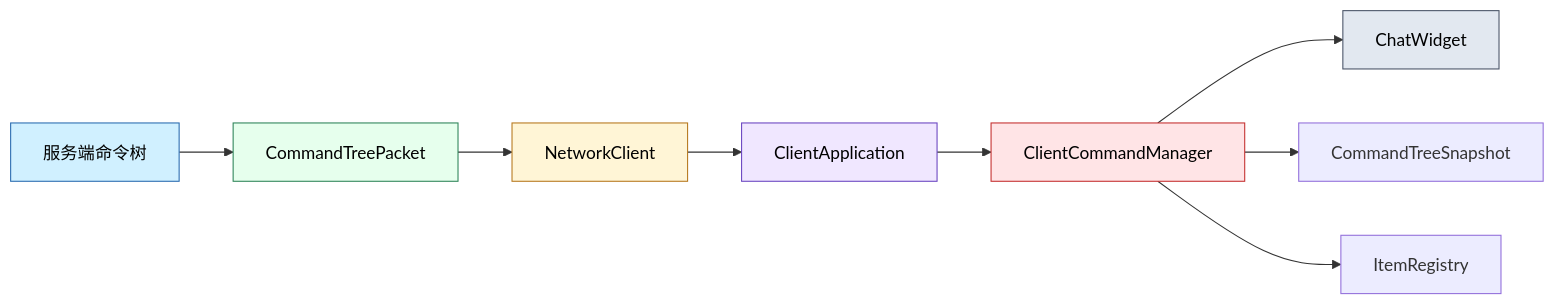
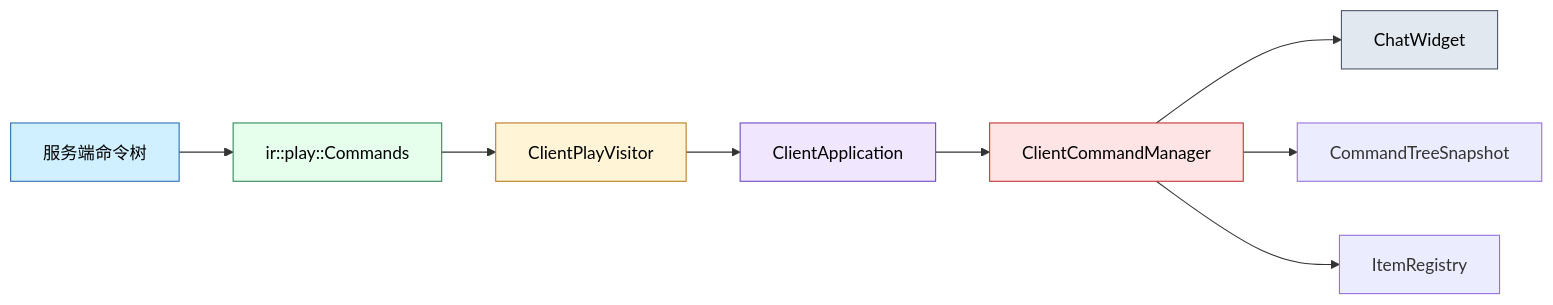
The diagram in src/client/command/README.md (g122622/Cubium), drawn with Mermaid before and after one commit. The commit also changed 42 other files, not shown here.

````diff
--- a/src/client/command/README.md
+++ b/src/client/command/README.md
@@ -16,17 +16,17 @@
 ```mermaid
 flowchart LR
-    Server[服务端命令树] --> Packet[CommandTreePacket]
-    Packet --> NetworkClient[NetworkClient]
-    NetworkClient --> App[ClientApplication]
+    Server[服务端命令树] --> Packet[ir::play::Commands]
+    Packet --> Visitor[ClientPlayVisitor]
+    Visitor --> App[ClientApplication]
     App --> Manager[ClientCommandManager]
     Manager --> Chat[ChatWidget]
     Manager --> Snapshot[CommandTreeSnapshot]
     Manager --> Items[ItemRegistry]
 
     style Server fill:#d0f0ff,stroke:#2b6cb0,color:#000
     style Packet fill:#e6ffed,stroke:#2f855a,color:#000
-    style NetworkClient fill:#fff5d6,stroke:#b7791f,color:#000
+    style Visitor fill:#fff5d6,stroke:#b7791f,color:#000
     style App fill:#f0e7ff,stroke:#6b46c1,color:#000
     style Manager fill:#ffe4e6,stroke:#c53030,color:#000
     style Chat fill:#e2e8f0,stroke:#4a5568,color:#000
 ```
````
